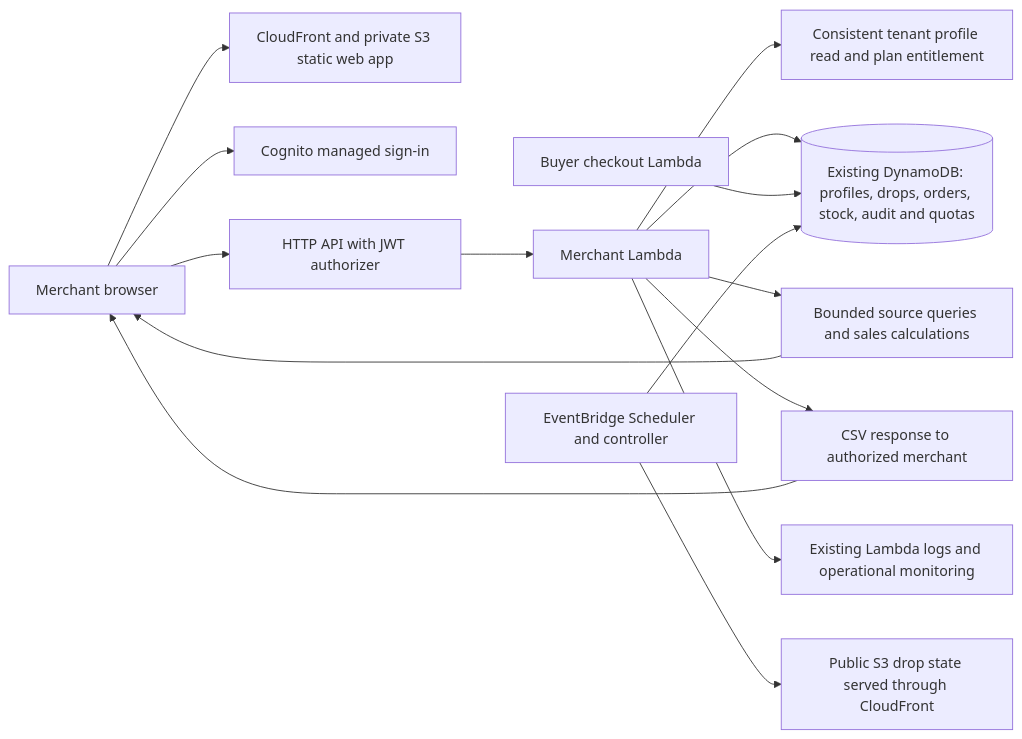
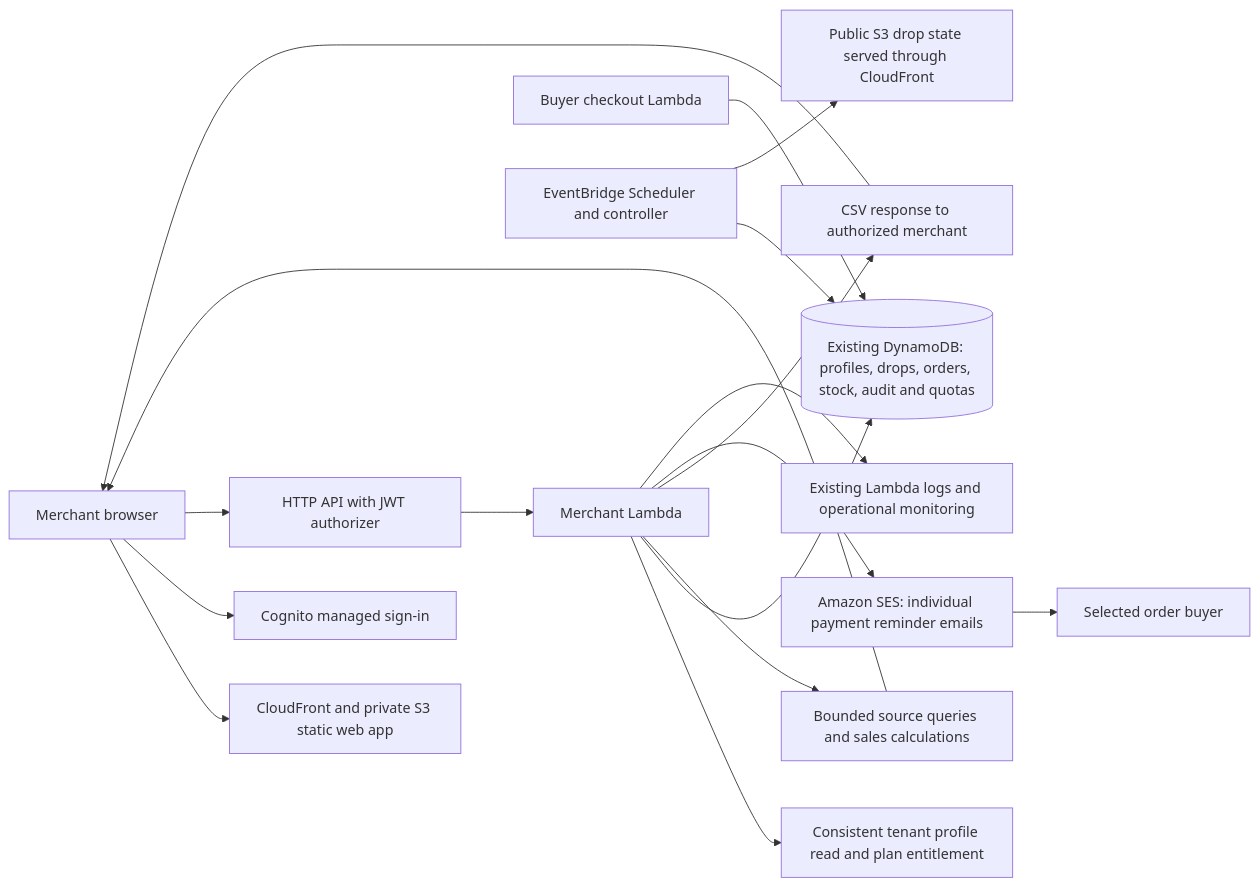
The diagram in docs/merchant-page.md (simonkp/cs5224-dropdeck), drawn with Mermaid before and after one commit. The commit also changed other lines of this file and 15 other files, not shown here.

First line of the commit message:
feat(merchant): add individual and bulk payment reminder emails

````diff
--- a/docs/merchant-page.md
+++ b/docs/merchant-page.md
@@ -93,17 +110,19 @@
 ```mermaid
 flowchart LR
     Browser[Merchant browser] --> Edge[CloudFront and private S3 static web app]
     Browser --> Cognito[Cognito managed sign-in]
     Browser --> API[HTTP API with JWT authorizer]
     API --> Merchant[Merchant Lambda]
     Merchant --> Profile[Consistent tenant profile read and plan entitlement]
     Merchant --> Source[(Existing DynamoDB: profiles, drops, orders, stock, audit and quotas)]
     Merchant --> Report[Bounded source queries and sales calculations]
     Report --> Browser
     Merchant --> CSV[CSV response to authorized merchant]
     CSV --> Browser
     Buyer[Buyer checkout Lambda] --> Source
     Scheduler[EventBridge Scheduler and controller] --> Source
     Scheduler --> Public[Public S3 drop state served through CloudFront]
+    Merchant --> SES[Amazon SES: individual payment reminder emails]
+    SES --> Recipient[Selected order buyer]
     Merchant --> Logs[Existing Lambda logs and operational monitoring]
 ```
````
